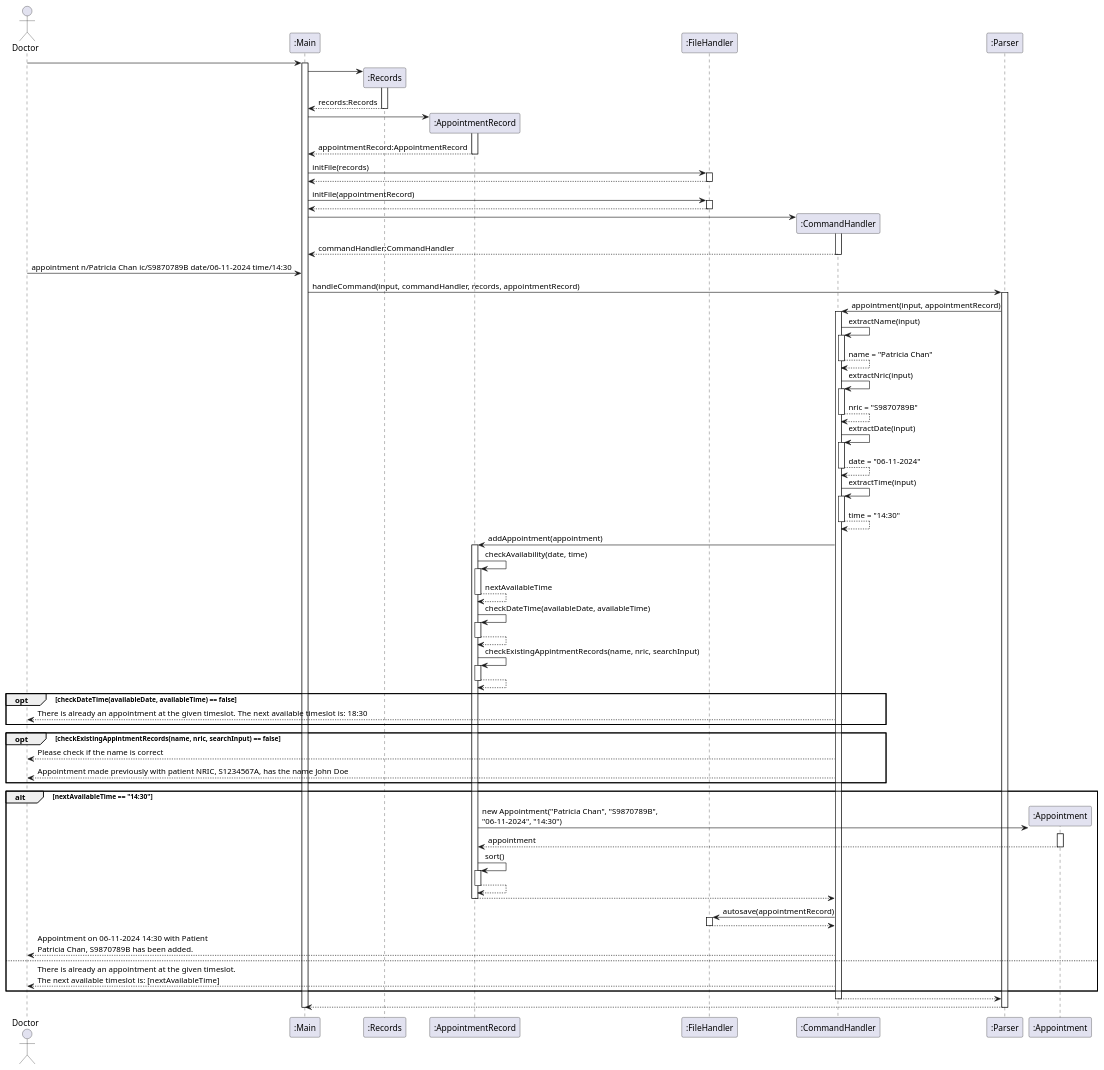
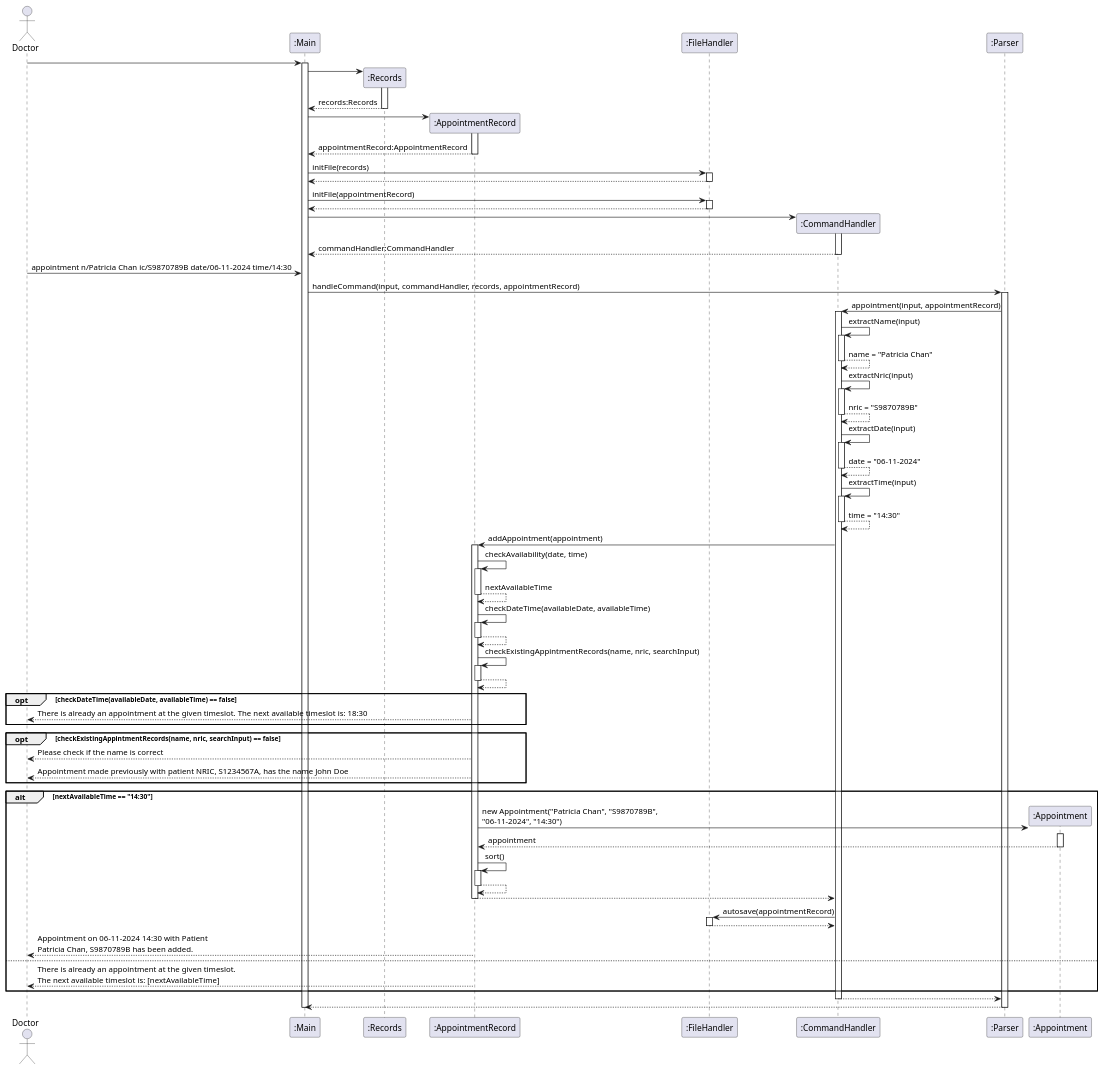
The diagram in docs/NewAppointment.puml (yentheng0110/tp), drawn with PlantUML before and after one commit. The commit also changed 3 other files, not shown here.

Commit message:
Fix issue of diagram for DG

```diff
--- a/docs/NewAppointment.puml
+++ b/docs/NewAppointment.puml
@@ -1,83 +1,83 @@
 @startuml
 'https://plantuml.com/sequence-diagram
 
 
 actor Doctor
 
 Doctor -> ":Main" ++
 ":Main" -> ":Records" **
 activate ":Records"
 ":Records" --> ":Main" --: records:Records
 
 ":Main" -> ":AppointmentRecord" **
 activate ":AppointmentRecord"
 ":AppointmentRecord" --> ":Main" --: appointmentRecord:AppointmentRecord
 
 ":Main" -> ":FileHandler" ++: initFile(records)
 ":FileHandler" --> ":Main" --
 
 ":Main" -> ":FileHandler" ++: initFile(appointmentRecord)
 ":FileHandler" --> ":Main" --
 
 ":Main" -> ":CommandHandler" **
 activate ":CommandHandler"
 ":CommandHandler" --> ":Main" --: commandHandler:CommandHandler
 
 Doctor -> ":Main": appointment n/Patricia Chan ic/S9870789B date/06-11-2024 time/14:30
 
 ":Main" -> ":Parser" ++: handleCommand(input, commandHandler, records, appointmentRecord)
 ":Parser" -> ":CommandHandler" ++: appointment(input, appointmentRecord)
 
 ":CommandHandler" -> ":CommandHandler" ++: extractName(input)
 ":CommandHandler" --> ":CommandHandler" --: name = "Patricia Chan"
 
 ":CommandHandler" -> ":CommandHandler" ++: extractNric(input)
 ":CommandHandler" --> ":CommandHandler" --: nric = "S9870789B"
 
 ":CommandHandler" -> ":CommandHandler" ++: extractDate(input)
 ":CommandHandler" --> ":CommandHandler" --: date = "06-11-2024"
 
 ":CommandHandler" -> ":CommandHandler" ++: extractTime(input)
 ":CommandHandler" --> ":CommandHandler" --: time = "14:30"
 
 ":CommandHandler" -> ":AppointmentRecord" ++: addAppointment(appointment)
 ":AppointmentRecord" -> ":AppointmentRecord" ++: checkAvailability(date, time)
 ":AppointmentRecord" --> ":AppointmentRecord" --: nextAvailableTime
 ":AppointmentRecord" -> ":AppointmentRecord" ++: checkDateTime(availableDate, availableTime)
 ":AppointmentRecord" --> ":AppointmentRecord" --:
 ":AppointmentRecord" -> ":AppointmentRecord" ++: checkExistingAppintmentRecords(name, nric, searchInput)
 ":AppointmentRecord" --> ":AppointmentRecord" --:
 
 opt checkDateTime(availableDate, availableTime) == false
-    Doctor <-- ":CommandHandler": There is already an appointment at the given timeslot. The next available timeslot is: 18:30
+    Doctor <-- ":AppointmentRecord": There is already an appointment at the given timeslot. The next available timeslot is: 18:30
     end
 
 opt checkExistingAppintmentRecords(name, nric, searchInput) == false
-    Doctor <-- ":CommandHandler":Please check if the name is correct
-    Doctor <-- ":CommandHandler":Appointment made previously with patient NRIC, S1234567A, has the name John Doe
+    Doctor <-- ":AppointmentRecord":Please check if the name is correct
+    Doctor <-- ":AppointmentRecord":Appointment made previously with patient NRIC, S1234567A, has the name John Doe
     end
 
 alt nextAvailableTime == "14:30"
     create ":Appointment"
     ":AppointmentRecord" -> ":Appointment" **: new Appointment("Patricia Chan", "S9870789B",\n"06-11-2024", "14:30")
     activate ":Appointment"
     ":Appointment" --> ":AppointmentRecord" --: appointment
 
     ":AppointmentRecord" -> ":AppointmentRecord" ++: sort()
     ":AppointmentRecord" --> ":AppointmentRecord" --:
 
     ":AppointmentRecord" --> ":CommandHandler" --:
 
     ":CommandHandler" -> ":FileHandler" ++: autosave(appointmentRecord)
     return
 
-    Doctor <-- ":CommandHandler": Appointment on 06-11-2024 14:30 with Patient\nPatricia Chan, S9870789B has been added.
+    Doctor <-- ":AppointmentRecord": Appointment on 06-11-2024 14:30 with Patient\nPatricia Chan, S9870789B has been added.
 else
-    Doctor <-- ":CommandHandler": There is already an appointment at the given timeslot.\nThe next available timeslot is: [nextAvailableTime]
+    Doctor <-- ":AppointmentRecord": There is already an appointment at the given timeslot.\nThe next available timeslot is: [nextAvailableTime]
 end
 
 ":CommandHandler" --> ":Parser" --
 ":Parser" --> ":Main" --
 deactivate ":Main"
 
 @enduml
```
